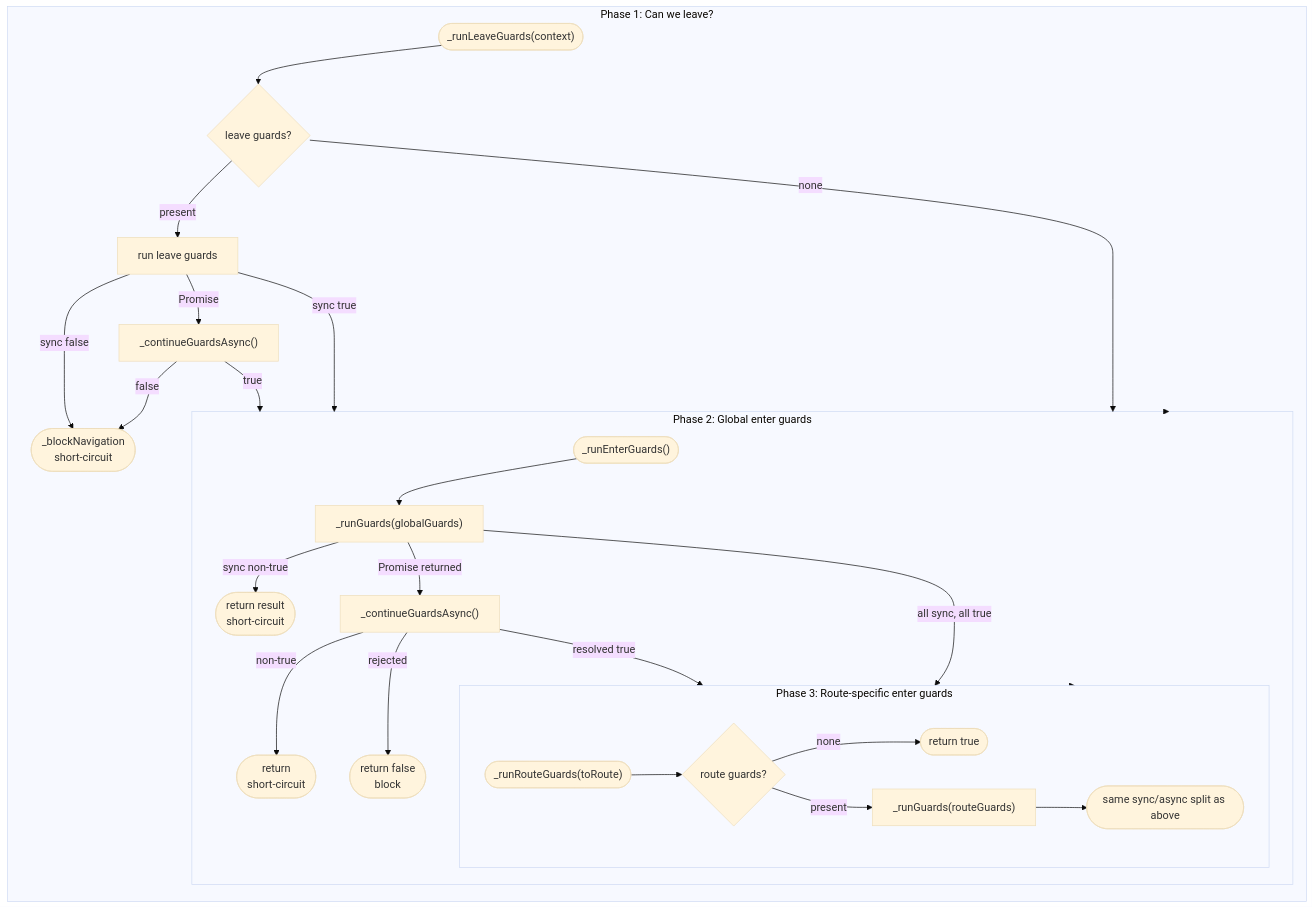
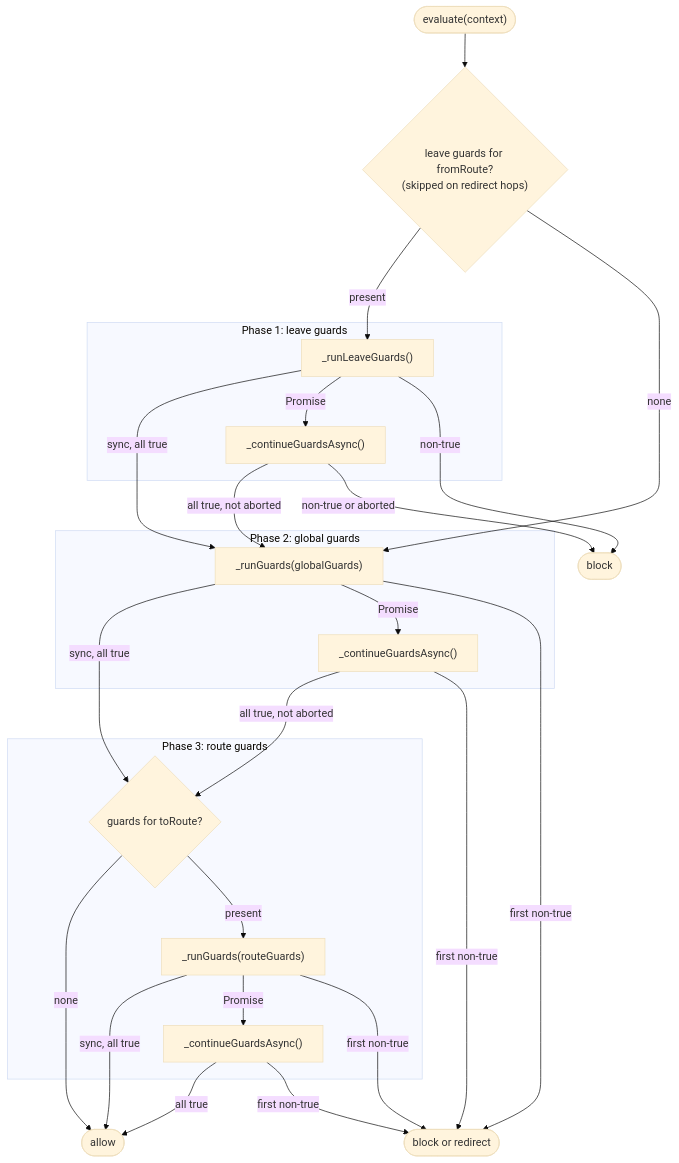
The second of 4 diagrams in docs/reference/architecture.md (wridgeu/ui5-lib-guard-router), drawn with Mermaid (base theme) before and after one commit. The commit also changed other lines of this file and 13 other files, not shown here.

First line of the commit message:
docs: align architecture and feature docs with the current code

````diff
--- a/docs/reference/architecture.md
+++ b/docs/reference/architecture.md
@@ -279,33 +293,43 @@
 ```mermaid
 flowchart TD
-    subgraph phase1 ["Phase 1: Can we leave?"]
-        leave(["_runLeaveGuards(context)"]) --> lcheck{leave guards?}
-        lcheck -- none --> phase2
-        lcheck -- present --> lrun[run leave guards]
-        lrun -- "sync false" --> lblock(["_blockNavigation<br/>short-circuit"])
-        lrun -- "sync true" --> phase2
-        lrun -- Promise --> lfin["_continueGuardsAsync()"]
-        lfin -- "false" --> lblock
-        lfin -- "true" --> phase2
+    start(["evaluate(context)"]) --> lcheck{"leave guards for fromRoute?<br/>(skipped on redirect hops)"}
+
+    subgraph phase1 ["Phase 1: leave guards"]
+        lrun["_runLeaveGuards()"]
+        lfin["_continueGuardsAsync()"]
     end
 
-    subgraph phase2 ["Phase 2: Global enter guards"]
-        enter(["_runEnterGuards()"]) --> gsync["_runGuards(globalGuards)"]
-        gsync -- "all sync, all true" --> phase3
-        gsync -- "sync non-true" --> gblock(["return result<br/>short-circuit"])
-        gsync -- "Promise returned" --> gfin["_continueGuardsAsync()"]
-        gfin -- "resolved true" --> phase3
-        gfin -- "non-true" --> gblock2(["return<br/>short-circuit"])
-        gfin -- "rejected" --> gblock3(["return false<br/>block"])
+    subgraph phase2 ["Phase 2: global guards"]
+        gsync["_runGuards(globalGuards)"]
+        gfin["_continueGuardsAsync()"]
     end
 
-    subgraph phase3 ["Phase 3: Route-specific enter guards"]
-        renter(["_runRouteGuards(toRoute)"]) --> rcheck{route guards?}
-        rcheck -- none --> rtrue([return true])
-        rcheck -- present --> rsync["_runGuards(routeGuards)"]
-        rsync --> rnote([same sync/async split as above])
+    subgraph phase3 ["Phase 3: route guards"]
+        rcheck{"guards for toRoute?"}
+        rsync["_runGuards(routeGuards)"]
+        rfin["_continueGuardsAsync()"]
     end
 
-    phase1 --> phase2
-    phase2 --> phase3
+    lcheck -- "present" --> lrun
+    lcheck -- "none" --> gsync
+    lrun -- "sync, all true" --> gsync
+    lrun -- "Promise" --> lfin
+    lfin -- "all true, not aborted" --> gsync
+
+    gsync -- "sync, all true" --> rcheck
+    gsync -- "Promise" --> gfin
+    gfin -- "all true, not aborted" --> rcheck
+
+    rcheck -- "none" --> allow(["allow"])
+    rcheck -- "present" --> rsync
+    rsync -- "sync, all true" --> allow
+    rsync -- "Promise" --> rfin
+    rfin -- "all true" --> allow
+
+    lrun -- "non-true" --> block(["block"])
+    lfin -- "non-true or aborted" --> block
+    gsync -- "first non-true" --> result(["block or redirect"])
+    gfin -- "first non-true" --> result
+    rsync -- "first non-true" --> result
+    rfin -- "first non-true" --> result
 ```
````
